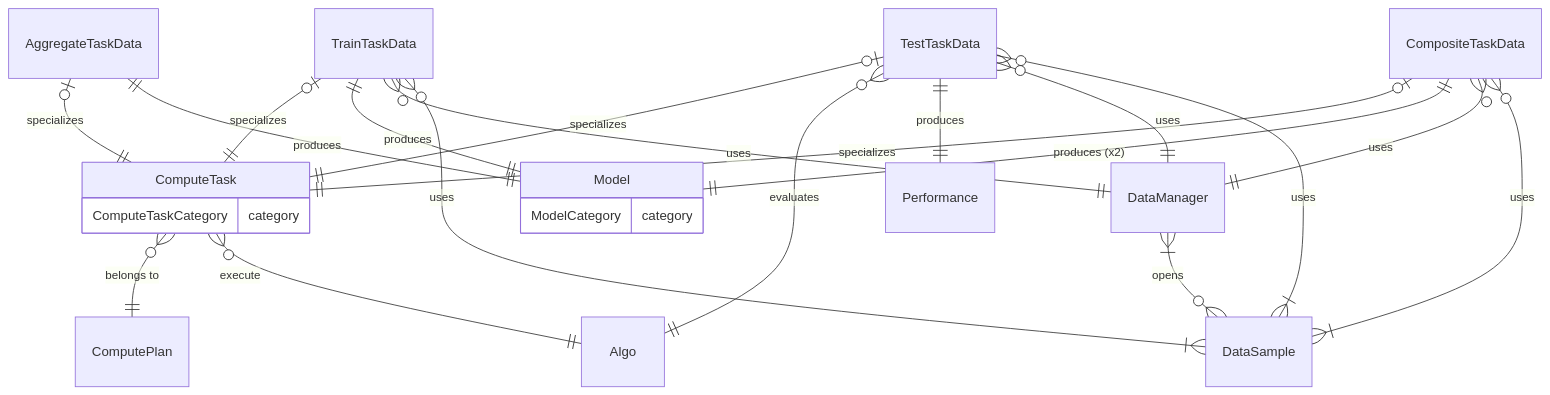
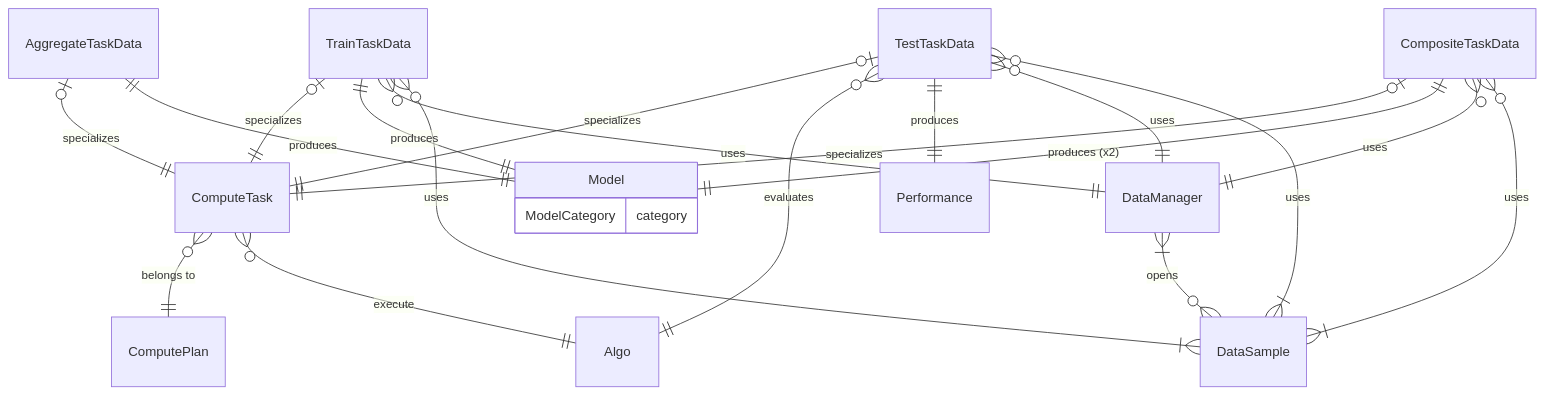
The diagram in docs/schemas/entities.mmd (Substra/orchestrator), drawn with Mermaid before and after one commit. The commit also changed 16 other files, not shown here.

First line of the commit message:
refactor!: Remove task category (#48)

```diff
--- a/docs/schemas/entities.mmd
+++ b/docs/schemas/entities.mmd
@@ -1,32 +1,28 @@
 erDiagram
     DataManager }|--o{ DataSample : opens
     ComputeTask }o--|| ComputePlan : "belongs to"
-    ComputeTask {
-        ComputeTaskCategory category
-    }
-
     ComputeTask }o--|| Algo : execute
     Algo {}
 
     TrainTaskData |o--|| ComputeTask: specializes
     TrainTaskData ||--|| Model: produces
     TrainTaskData }o--|| DataManager: uses
     TrainTaskData }o--|{ DataSample: uses
 
     TestTaskData |o--|| ComputeTask: specializes
     TestTaskData }o--|| Algo : evaluates
     TestTaskData ||--|| Performance: produces
     TestTaskData }o--|| DataManager: uses
     TestTaskData }o--|{ DataSample: uses
 
     AggregateTaskData |o--|| ComputeTask: specializes
     AggregateTaskData ||--|| Model: produces
 
     CompositeTaskData |o--|| ComputeTask: specializes
     CompositeTaskData ||--|| Model: "produces (x2)"
     CompositeTaskData }o--|| DataManager: uses
     CompositeTaskData }o--|{ DataSample: uses
 
     Model {
         ModelCategory category
     }
```
